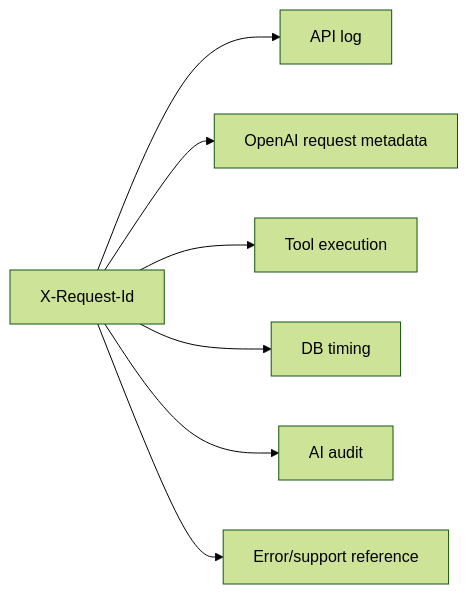
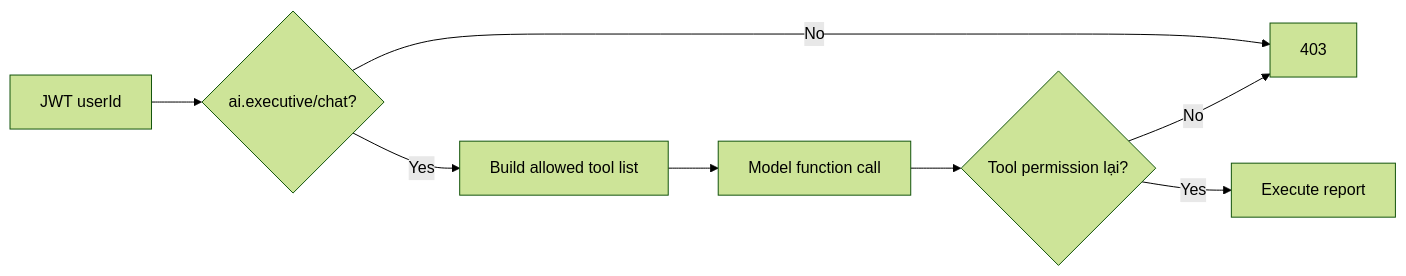
Before and after one commit to huynv-xyz/vhm: the fourth of 4 diagrams in aichatbot.md, drawn with Mermaid (forest theme). The commit also changed other lines of this file, not shown here.

````diff
--- a/aichatbot.md
+++ b/aichatbot.md
@@ -961,9 +562,10 @@
 ```mermaid
 flowchart LR
-    RID[X-Request-Id] --> API[API log]
-    RID --> OAI[OpenAI request metadata]
-    RID --> TOOL[Tool execution]
-    RID --> DB[DB timing]
-    RID --> AUD[AI audit]
-    RID --> UI[Error/support reference]
+    JWT[JWT userId] --> CHAT{ai.executive/chat?}
+    CHAT -- No --> E403[403]
+    CHAT -- Yes --> TOOLS[Build allowed tool list]
+    TOOLS --> CALL[Model function call]
+    CALL --> CHECK{Tool permission lại?}
+    CHECK -- No --> E403
+    CHECK -- Yes --> QUERY[Execute report]
 ```
````
